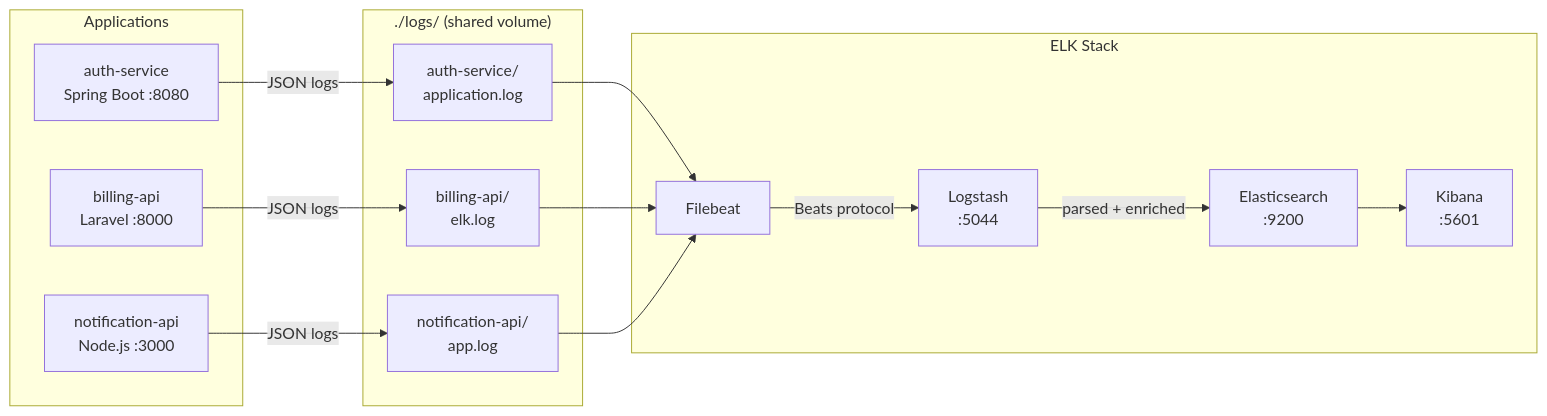
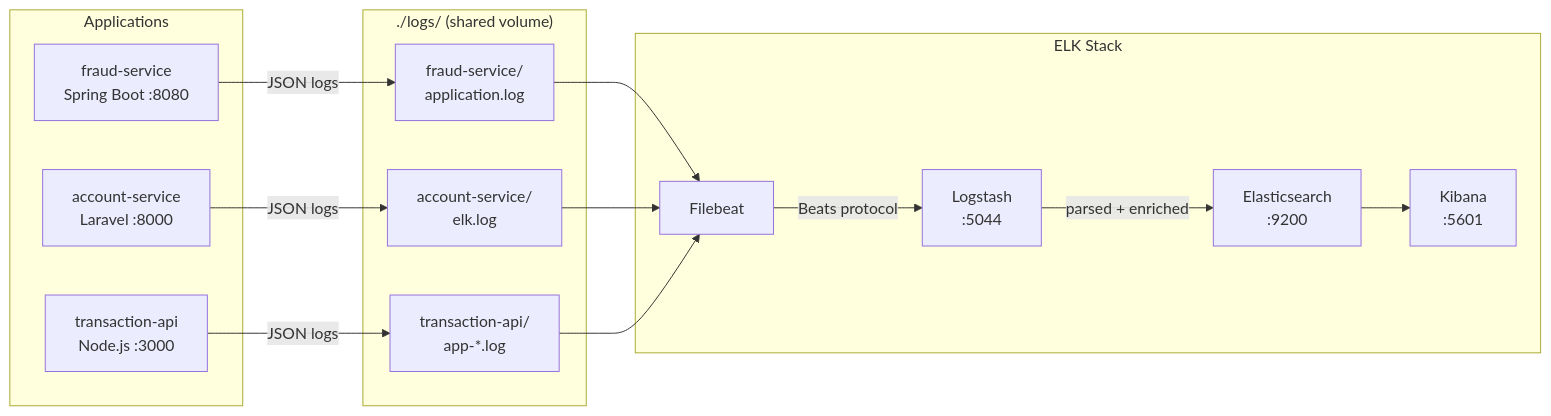
The diagram in README.md (EtienneBel/elk-centralized-logging), drawn with Mermaid before and after one commit. The commit also changed other lines of this file and 87 other files, not shown here.

First line of the commit message:
feat: add account-service microservice with Docker and logging integration

````diff
--- a/README.md
+++ b/README.md
@@ -17,33 +17,33 @@
 ```mermaid
 flowchart LR
     subgraph Apps["Applications"]
-        SB["auth-service\nSpring Boot :8080"]
-        LA["billing-api\nLaravel :8000"]
-        NO["notification-api\nNode.js :3000"]
+        SB["fraud-service\nSpring Boot :8080"]
+        LA["account-service\nLaravel :8000"]
+        NO["transaction-api\nNode.js :3000"]
     end
 
     subgraph Logs["./logs/ (shared volume)"]
-        L1["auth-service/\napplication.log"]
-        L2["billing-api/\nelk.log"]
-        L3["notification-api/\napp.log"]
+        L1["fraud-service/\napplication.log"]
+        L2["account-service/\nelk.log"]
+        L3["transaction-api/\napp-*.log"]
     end
 
     subgraph ELK["ELK Stack"]
         FB["Filebeat"]
         LS["Logstash\n:5044"]
         ES["Elasticsearch\n:9200"]
         KB["Kibana\n:5601"]
     end
 
     SB -->|JSON logs| L1
     LA -->|JSON logs| L2
     NO -->|JSON logs| L3
 
     L1 --> FB
     L2 --> FB
     L3 --> FB
 
     FB -->|Beats protocol| LS
     LS -->|parsed + enriched| ES
     ES --> KB
 ```
````
